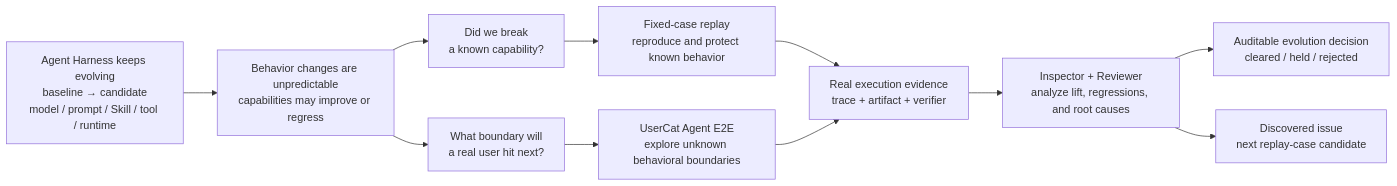
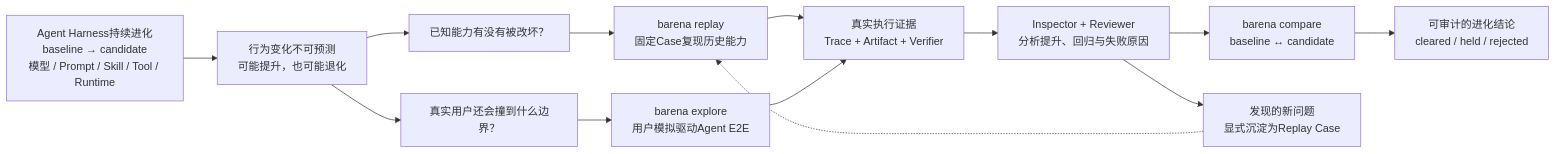
Before and after one commit to fightheyyy/barena: the first of 2 diagrams in docs/SPEC.md, drawn with Mermaid. The commit also changed other lines of this file and 24 other files, not shown here.

Commit message:
Align Barena runtime adapters and architecture

````diff
--- a/docs/SPEC.md
+++ b/docs/SPEC.md
@@ -60,24 +46,27 @@
 ```mermaid
 flowchart LR
-    Change["Agent Harness keeps evolving<br/>baseline → candidate<br/>model / prompt / Skill / tool / runtime"]
-    Risk["Behavior changes are unpredictable<br/>capabilities may improve or regress"]
-    Known["Did we break<br/>a known capability?"]
-    Unknown["What boundary will<br/>a real user hit next?"]
-    Replay["Fixed-case replay<br/>reproduce and protect known behavior"]
-    E2E["UserCat Agent E2E<br/>explore unknown behavioral boundaries"]
-    Evidence["Real execution evidence<br/>trace + artifact + verifier"]
-    Review["Inspector + Reviewer<br/>analyze lift, regressions, and root causes"]
-    Decision["Auditable evolution decision<br/>cleared / held / rejected"]
-    NewCase["Discovered issue<br/>next replay-case candidate"]
+    Change["Agent Harness持续进化<br/>baseline → candidate<br/>模型 / Prompt / Skill / Tool / Runtime"]
+    Risk["行为变化不可预测<br/>可能提升，也可能退化"]
+    Known["已知能力有没有被改坏？"]
+    Unknown["真实用户还会撞到什么边界？"]
+    Replay["barena replay<br/>固定Case复现历史能力"]
+    E2E["barena explore<br/>用户模拟驱动Agent E2E"]
+    Evidence["真实执行证据<br/>Trace + Artifact + Verifier"]
+    Review["Inspector + Reviewer<br/>分析提升、回归与失败原因"]
+    Compare["barena compare<br/>baseline ↔ candidate"]
+    Decision["可审计的进化结论<br/>cleared / held / rejected"]
+    NewCase["发现的新问题<br/>显式沉淀为Replay Case"]
 
     Change --> Risk
     Risk --> Known
     Risk --> Unknown
     Known --> Replay
     Unknown --> E2E
     Replay --> Evidence
     E2E --> Evidence
     Evidence --> Review
-    Review --> Decision
+    Review --> Compare
+    Compare --> Decision
     Review --> NewCase
+    NewCase -.-> Replay
 ```
````
